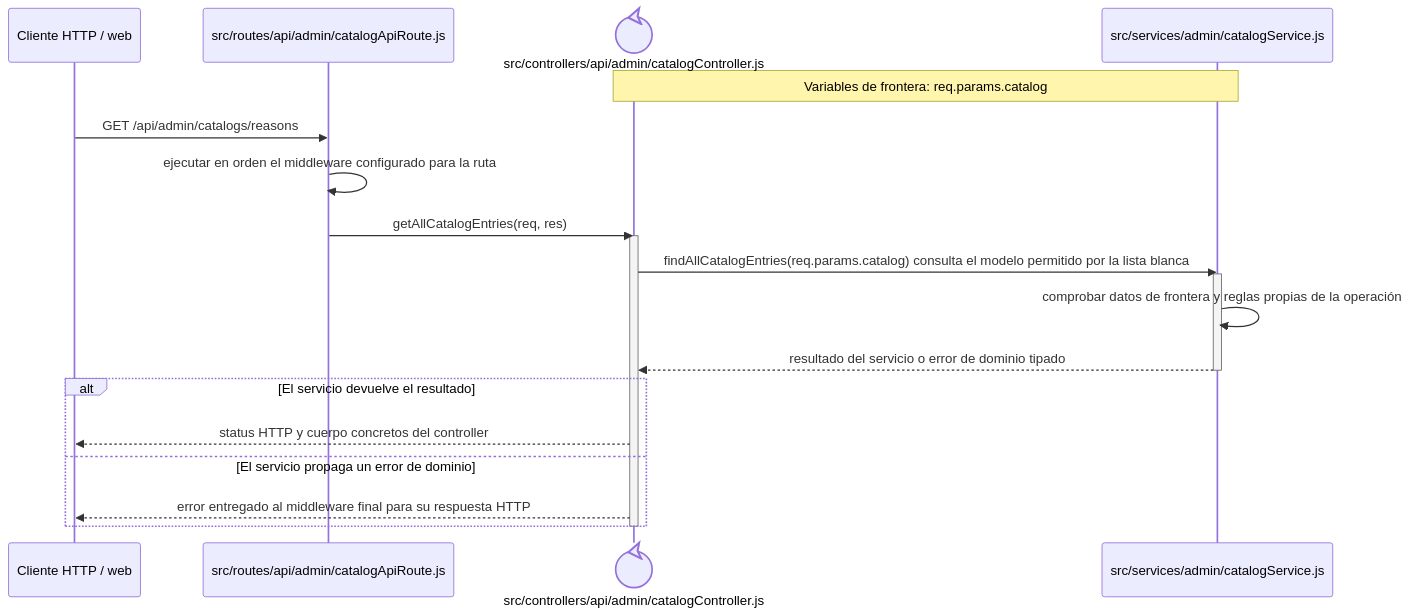
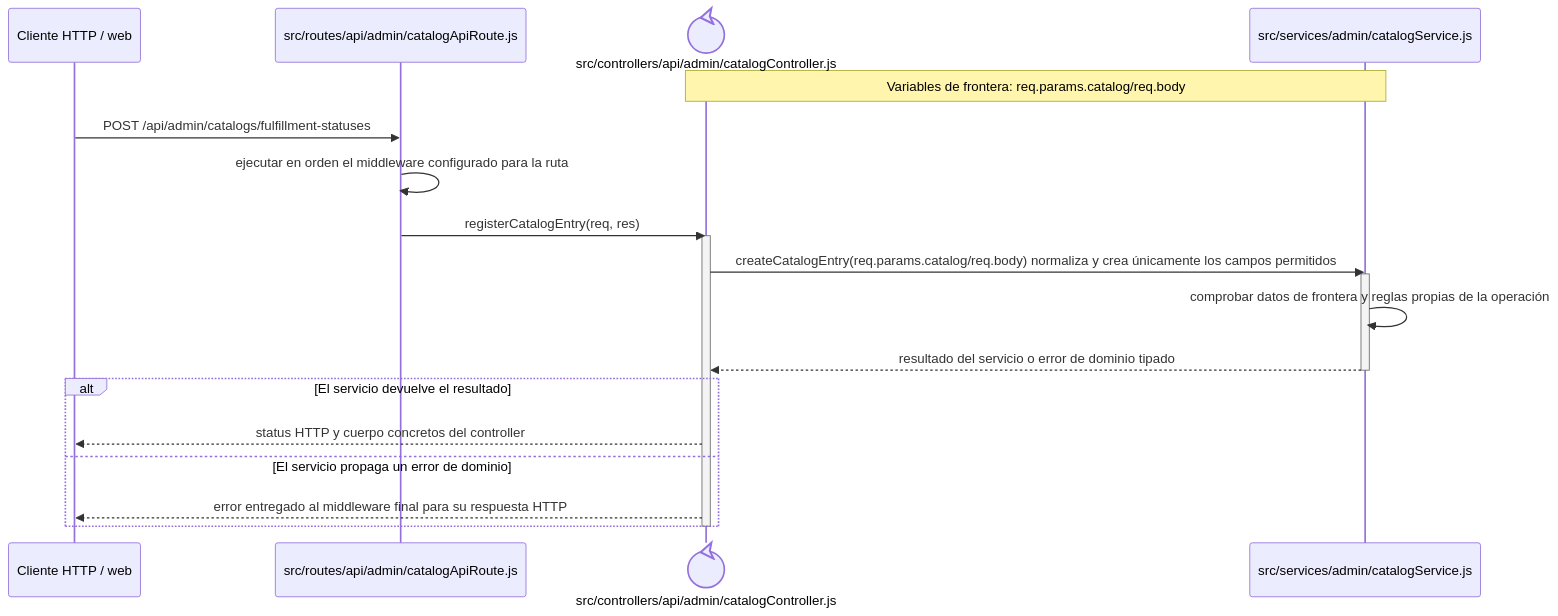
One commit to gpgsistemas01/nexus changed the diagram in docs/architecture/backend-code-sequences/catalogs/cu-cat-43.md. Above: the diagram before and after it, drawn with Mermaid. The commit also changed other lines of this file and 126 other files, not shown here.

````diff
--- a/docs/architecture/backend-code-sequences/catalogs/cu-cat-43.md
+++ b/docs/architecture/backend-code-sequences/catalogs/cu-cat-43.md
@@ -6,24 +6,24 @@
 ```mermaid
 sequenceDiagram
     participant Client as Cliente HTTP / web
     participant Route as src/routes/api/admin/catalogApiRoute.js
     participant Controller@{ "type": "control" } as src/controllers/api/admin/catalogController.js
     participant Domain as src/services/admin/catalogService.js
-    Note over Controller,Domain: Variables de frontera: req.params.catalog
+    Note over Controller,Domain: Variables de frontera: req.params.catalog/req.body
 
-    Client->>Route: GET /api/admin/catalogs/reasons
+    Client->>Route: POST /api/admin/catalogs/fulfillment-statuses
     Route->>Route: ejecutar en orden el middleware configurado para la ruta
-    Route->>Controller: getAllCatalogEntries(req, res)
+    Route->>Controller: registerCatalogEntry(req, res)
     activate Controller
-    Controller->>Domain: findAllCatalogEntries(req.params.catalog) consulta el modelo permitido por la lista blanca
+    Controller->>Domain: createCatalogEntry(req.params.catalog/req.body) normaliza y crea únicamente los campos permitidos
     activate Domain
     Domain->>Domain: comprobar datos de frontera y reglas propias de la operación
     Domain-->>Controller: resultado del servicio o error de dominio tipado
     deactivate Domain
     alt El servicio devuelve el resultado
         Controller-->>Client: status HTTP y cuerpo concretos del controller
     else El servicio propaga un error de dominio
         Controller-->>Client: error entregado al middleware final para su respuesta HTTP
     end
     deactivate Controller
 ```
````
